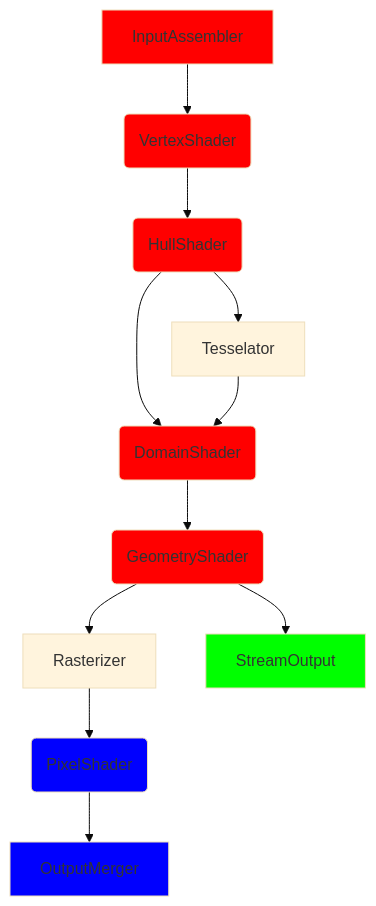
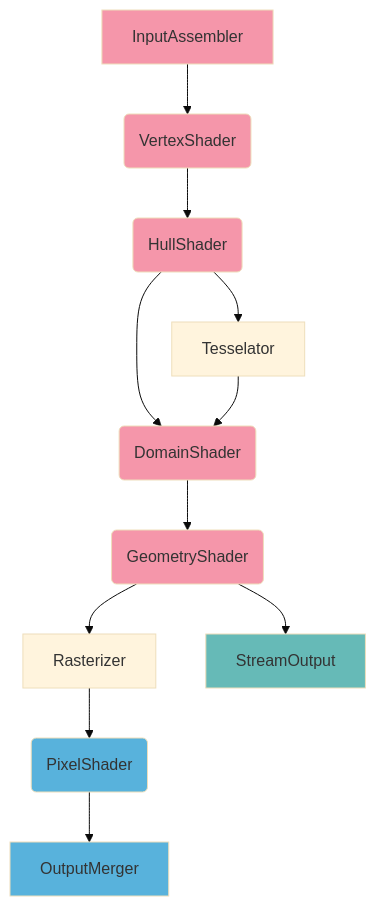
The third of 5 diagrams in _posts/2018-05-29-P1.md (pw1316/pw1316.github.io), drawn with Mermaid (base theme) before and after one commit. The commit also changed other lines of this file, not shown here.

````diff
--- a/_posts/2018-05-29-P1.md
+++ b/_posts/2018-05-29-P1.md
@@ -10,21 +61,21 @@
 ```mermaid
 graph TD
 A[InputAssembler]-->B(VertexShader)
 B-->C(HullShader)
 C-->D[Tesselator]
 C-->E(DomainShader)
 D-->E
 E-->F(GeometryShader)
 F-->G[Rasterizer]
 F-->H[StreamOutput]
 G-->I(PixelShader)
 I-->J[OutputMerger]
-style A fill:#F00;
-style B fill:#F00;
-style C fill:#F00;
-style E fill:#F00;
-style F fill:#F00;
-style H fill:#0F0;
-style I fill:#00F;
-style J fill:#00F;
+style A fill:#F596AA;
+style B fill:#F596AA;
+style C fill:#F596AA;
+style E fill:#F596AA;
+style F fill:#F596AA;
+style H fill:#66BAB7;
+style I fill:#58B2DC;
+style J fill:#58B2DC;
 ```
````
